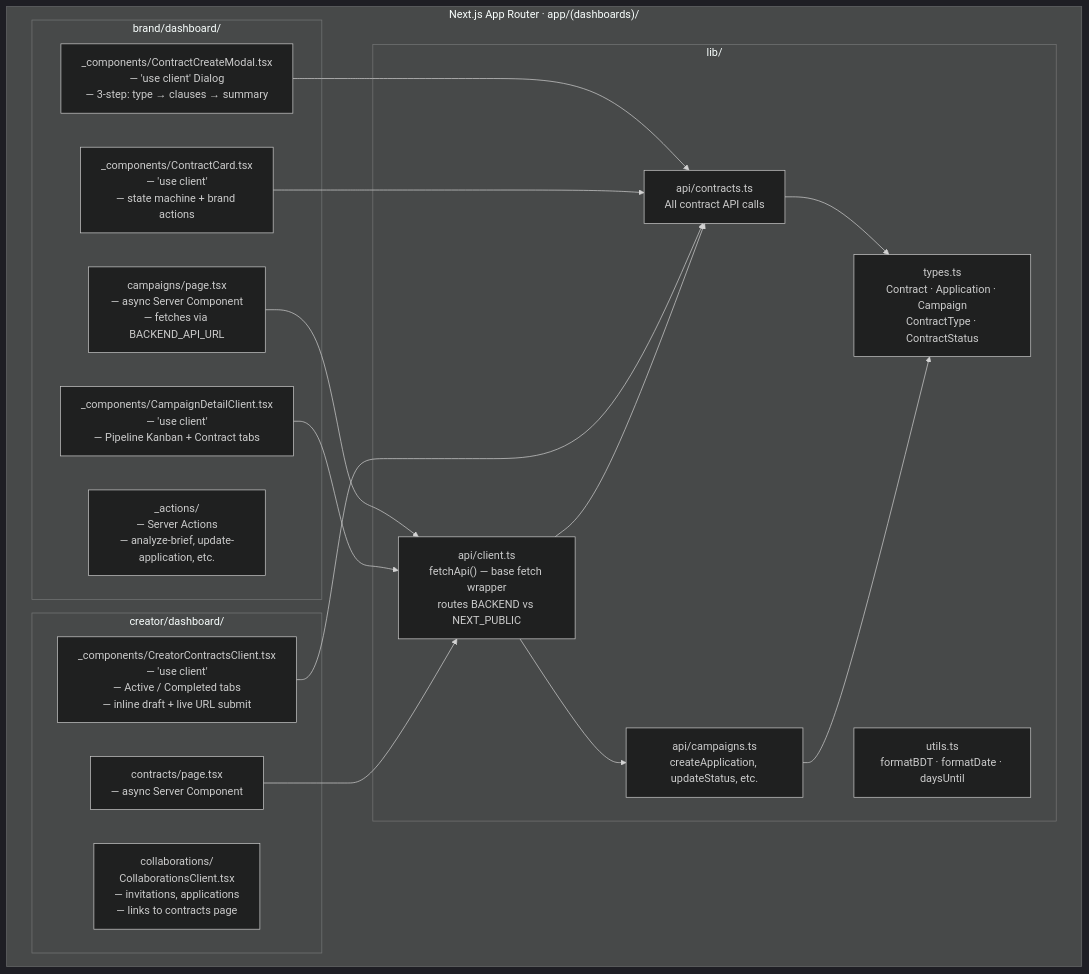
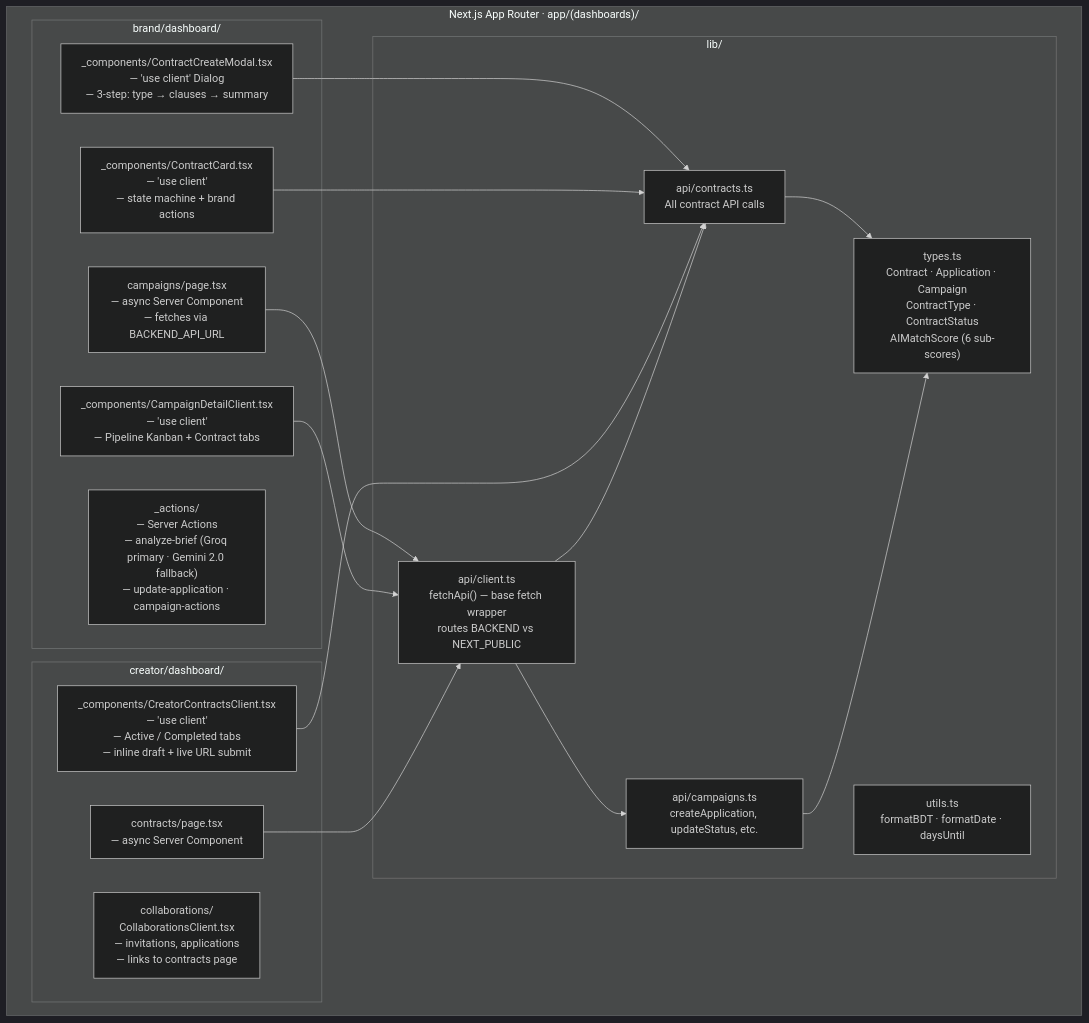
Before and after one commit to sakibhossain323/cohesiq: the second of 3 diagrams in docs/diagrams/architecture.md, drawn with Mermaid (dark theme). The commit also changed other lines of this file and 27 other files, not shown here.

````diff
--- a/docs/diagrams/architecture.md
+++ b/docs/diagrams/architecture.md
@@ -68,36 +77,36 @@
 ```mermaid
 flowchart TB
     subgraph AppRouter["Next.js App Router · app/(dashboards)/"]
         subgraph BrandRoutes["brand/dashboard/"]
             BP["campaigns/page.tsx\n— async Server Component\n— fetches via BACKEND_API_URL"]
             BPC["_components/CampaignDetailClient.tsx\n— 'use client'\n— Pipeline Kanban + Contract tabs"]
             BPM["_components/ContractCreateModal.tsx\n— 'use client' Dialog\n— 3-step: type → clauses → summary"]
             BPCard["_components/ContractCard.tsx\n— 'use client'\n— state machine + brand actions"]
-            BPA["_actions/\n— Server Actions\n— analyze-brief, update-application, etc."]
+            BPA["_actions/\n— Server Actions\n— analyze-brief (Groq primary · Gemini 2.0 fallback)\n— update-application · campaign-actions"]
         end
 
         subgraph CreatorRoutes["creator/dashboard/"]
             CP["contracts/page.tsx\n— async Server Component"]
             CPC["_components/CreatorContractsClient.tsx\n— 'use client'\n— Active / Completed tabs\n— inline draft + live URL submit"]
             COLLAB["collaborations/\nCollaborationsClient.tsx\n— invitations, applications\n— links to contracts page"]
         end
 
         subgraph SharedLib["lib/"]
             APIClient["api/client.ts\nfetchApi() — base fetch wrapper\nroutes BACKEND vs NEXT_PUBLIC"]
             Contracts["api/contracts.ts\nAll contract API calls"]
             Campaigns["api/campaigns.ts\ncreateApplication, updateStatus, etc."]
-            Types["types.ts\nContract · Application · Campaign\nContractType · ContractStatus"]
+            Types["types.ts\nContract · Application · Campaign\nContractType · ContractStatus\nAIMatchScore (6 sub-scores)"]
             Utils["utils.ts\nformatBDT · formatDate · daysUntil"]
         end
     end
 
     BP --> APIClient
     BPC --> APIClient
     BPM --> Contracts
     BPCard --> Contracts
     CP --> APIClient
     CPC --> Contracts
 
     APIClient --> Contracts & Campaigns
     Contracts & Campaigns --> Types
 ```
````
